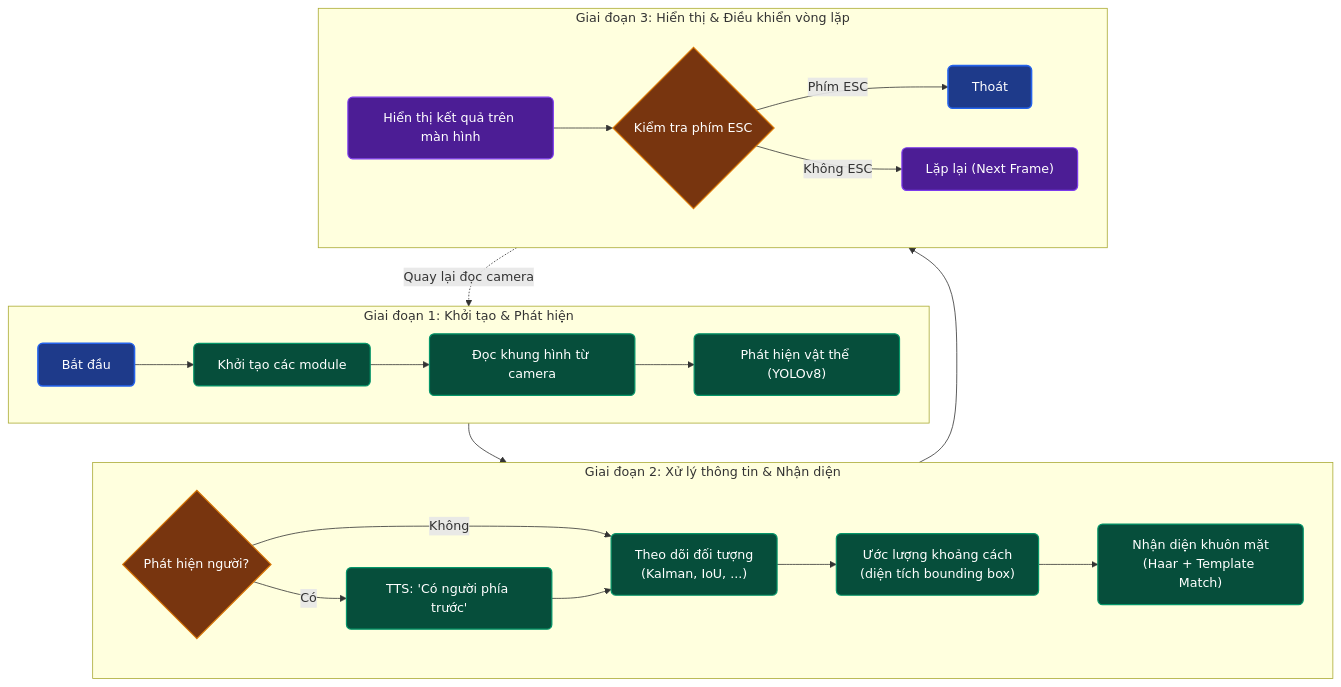
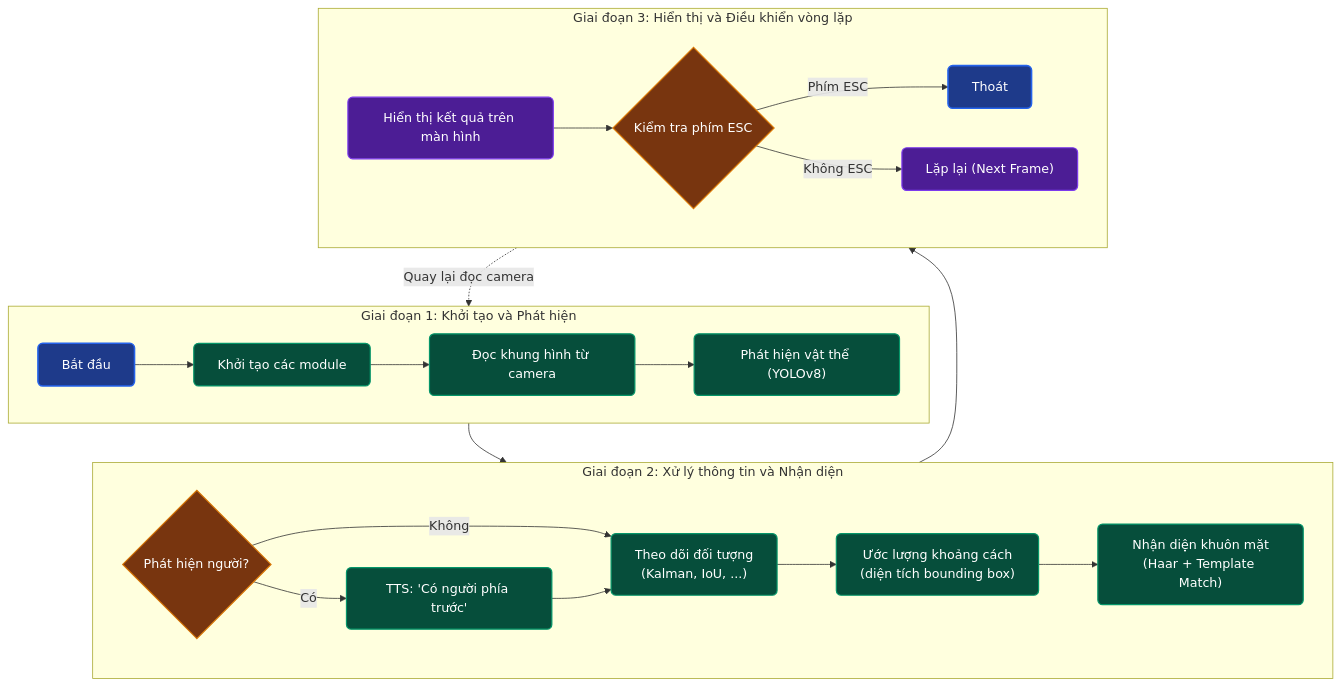
One commit to NagnQyhn217/thigiacmaytinhAnh changed the diagram in code09.md. Above: the diagram before and after it, drawn with Mermaid.

````diff
--- a/code09.md
+++ b/code09.md
@@ -1,39 +1,39 @@
 ```mermaid
 graph TD
     classDef start stroke:#2563eb,stroke-width:2px,fill:#1e3a8a,color:#ffffff,rx:6px,ry:6px;
     classDef process stroke:#059669,stroke-width:1.5px,fill:#064e3b,color:#ffffff,rx:6px,ry:6px;
     classDef decision stroke:#d97706,stroke-width:1.5px,fill:#78350f,color:#ffffff,rx:6px,ry:6px;
     classDef output stroke:#7c3aed,stroke-width:1.5px,fill:#4c1d95,color:#ffffff,rx:6px,ry:6px;
 
-    subgraph PHASE1 ["Giai đoạn 1: Khởi tạo & Phát hiện"]
+    subgraph PHASE1 ["Giai đoạn 1: Khởi tạo và Phát hiện"]
         direction LR
         A["Bắt đầu"] --> B["Khởi tạo các module"]
         B --> C["Đọc khung hình từ camera"]
         C --> D["Phát hiện vật thể (YOLOv8)"]
     end
 
-    subgraph PHASE2 ["Giai đoạn 2: Xử lý thông tin & Nhận diện"]
+    subgraph PHASE2 ["Giai đoạn 2: Xử lý thông tin và Nhận diện"]
         direction LR
         D --> E{"Phát hiện người?"}
         E -- Có --> F["TTS: 'Có người phía trước'"]
         E -- Không --> G["Theo dõi đối tượng<br>(Kalman, IoU, ...)"]
         F --> G
         G --> H["Ước lượng khoảng cách<br>(diện tích bounding box)"]
         H --> I["Nhận diện khuôn mặt<br>(Haar + Template Match)"]
     end
 
-    subgraph PHASE3 ["Giai đoạn 3: Hiển thị & Điều khiển vòng lặp"]
+    subgraph PHASE3 ["Giai đoạn 3: Hiển thị và Điều khiển vòng lặp"]
         direction LR
         I --> J["Hiển thị kết quả trên màn hình"]
         J --> K{"Kiểm tra phím ESC"}
         K -- Phím ESC --> L["Thoát"]
         K -- Không ESC --> M["Lặp lại (Next Frame)"]
     end
 
     M -. Quay lại đọc camera .-> C
 
     class A,L start;
     class B,C,D,F,G,H,I process;
     class E,K decision;
     class J,M output;
 ```
````
